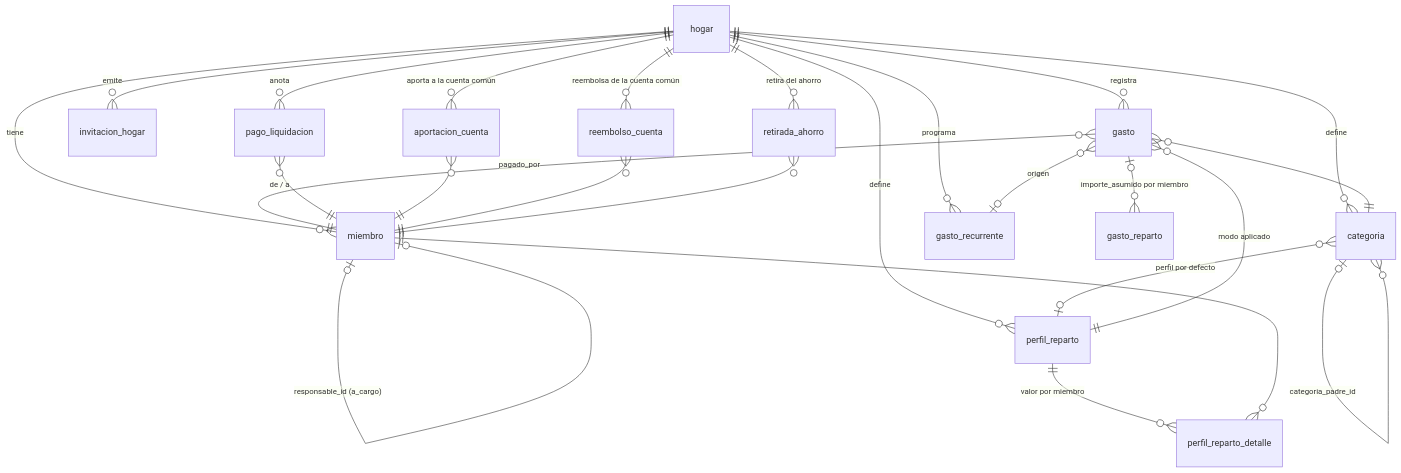
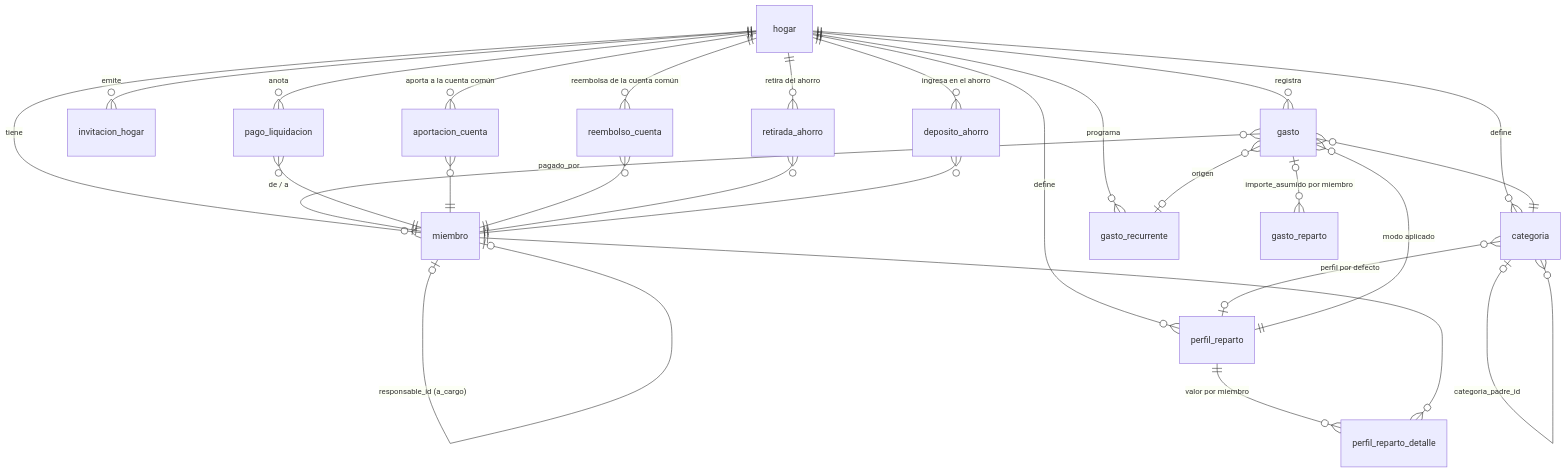
The diagram in docs/modelo-de-datos.md (mallenera/miparte), drawn with Mermaid before and after one commit. The commit also changed other lines of this file and 23 other files, not shown here.

````diff
--- a/docs/modelo-de-datos.md
+++ b/docs/modelo-de-datos.md
@@ -7,27 +7,29 @@
 ```mermaid
 erDiagram
     hogar ||--o{ miembro : tiene
     hogar ||--o{ perfil_reparto : define
     hogar ||--o{ categoria : define
     hogar ||--o{ gasto : registra
     hogar ||--o{ gasto_recurrente : programa
     hogar ||--o{ invitacion_hogar : emite
     hogar ||--o{ pago_liquidacion : anota
     hogar ||--o{ aportacion_cuenta : "aporta a la cuenta común"
     hogar ||--o{ reembolso_cuenta : "reembolsa de la cuenta común"
     hogar ||--o{ retirada_ahorro : "retira del ahorro"
+    hogar ||--o{ deposito_ahorro : "ingresa en el ahorro"
     miembro |o--o| miembro : "responsable_id (a_cargo)"
     perfil_reparto ||--o{ perfil_reparto_detalle : "valor por miembro"
     miembro ||--o{ perfil_reparto_detalle : ""
     categoria |o--o{ categoria : "categoria_padre_id"
     categoria }o--o| perfil_reparto : "perfil por defecto"
     gasto }o--|| categoria : ""
     gasto }o--|| miembro : "pagado_por"
     gasto }o--|| perfil_reparto : "modo aplicado"
     gasto |o--o{ gasto_reparto : "importe_asumido por miembro"
     gasto }o--o| gasto_recurrente : "origen"
     pago_liquidacion }o--|| miembro : "de / a"
     aportacion_cuenta }o--|| miembro : ""
     reembolso_cuenta }o--|| miembro : ""
     retirada_ahorro }o--|| miembro : ""
+    deposito_ahorro }o--|| miembro : ""
 ```
````
